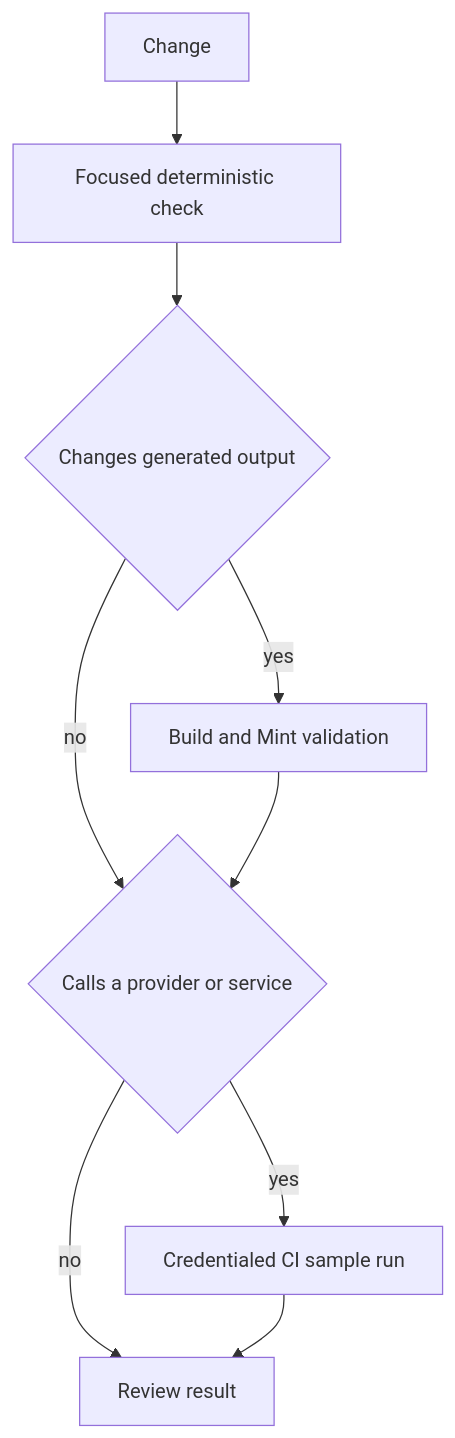
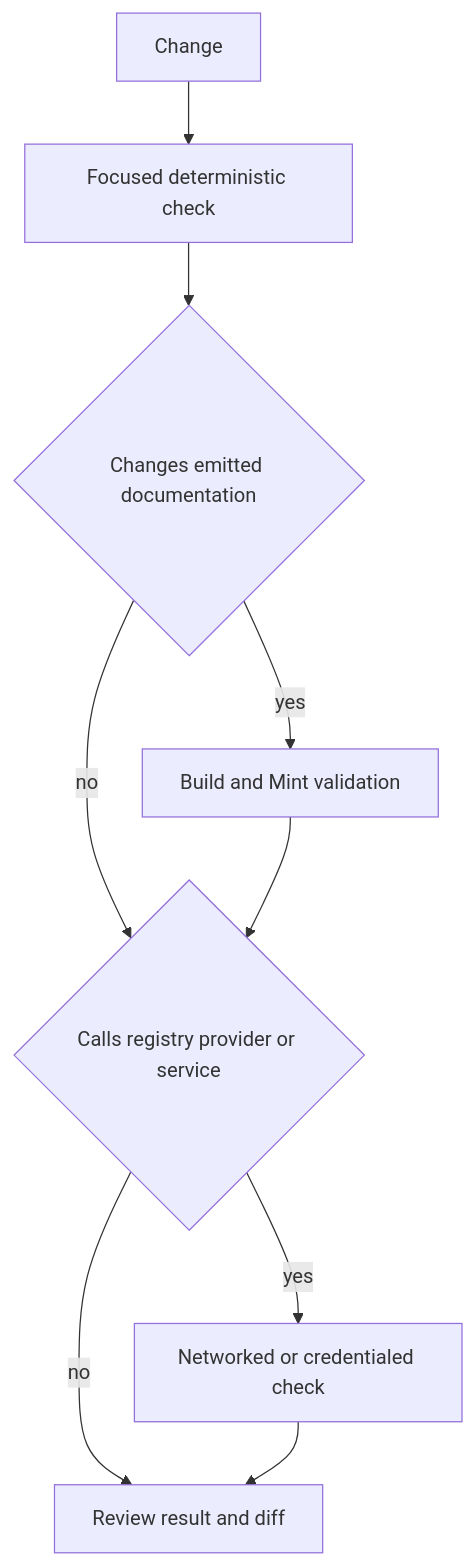
One commit to langchain-ai/docs changed the first of 2 diagrams in openwiki/testing/test-overview.md. Above: the diagram before and after it, drawn with Mermaid. The commit also changed other lines of this file and 26 other files, not shown here.

````diff
--- a/openwiki/testing/test-overview.md
+++ b/openwiki/testing/test-overview.md
@@ -75,11 +90,11 @@
 ```mermaid
 flowchart TD
   Change["Change"] --> Focused["Focused deterministic check"]
-  Focused --> Generated{"Changes generated output"}
+  Focused --> Generated{"Changes emitted documentation"}
   Generated -->|"yes"| Mint["Build and Mint validation"]
-  Generated -->|"no"| Service{"Calls a provider or service"}
-  Mint --> Service
-  Service -->|"yes"| Credentialed["Credentialed CI sample run"]
-  Service -->|"no"| Review["Review result"]
+  Generated -->|"no"| Remote{"Calls registry provider or service"}
+  Mint --> Remote
+  Remote -->|"yes"| Credentialed["Networked or credentialed check"]
+  Remote -->|"no"| Review["Review result and diff"]
   Credentialed --> Review
 ```
````
